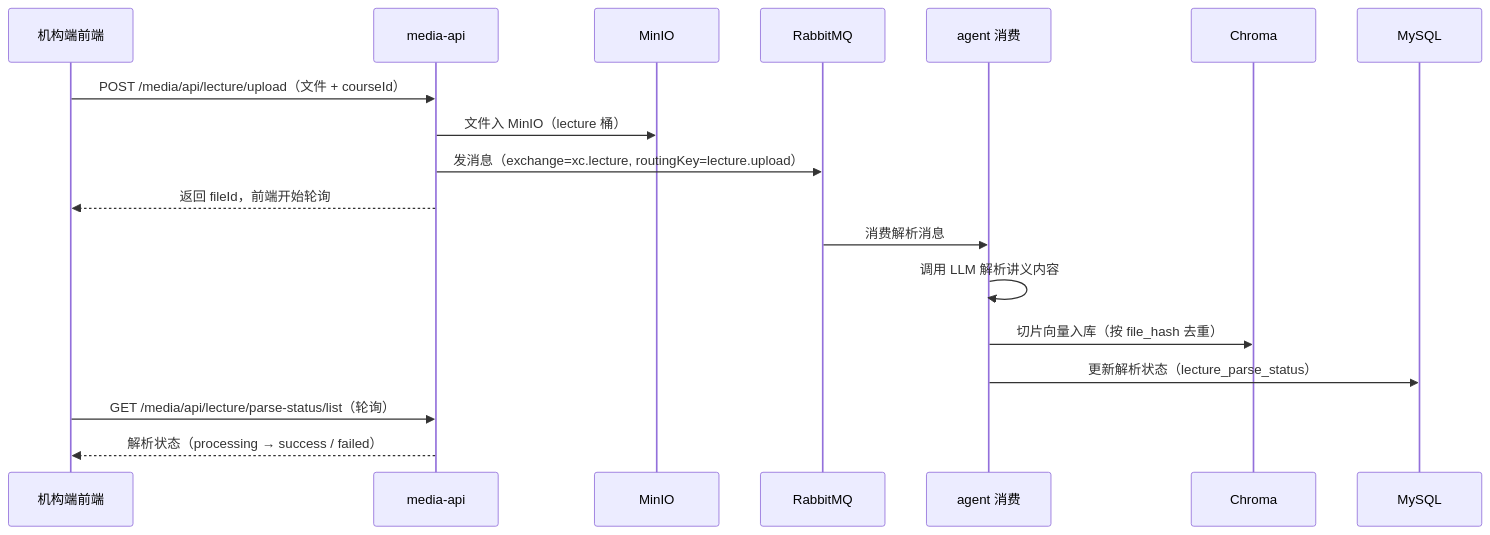
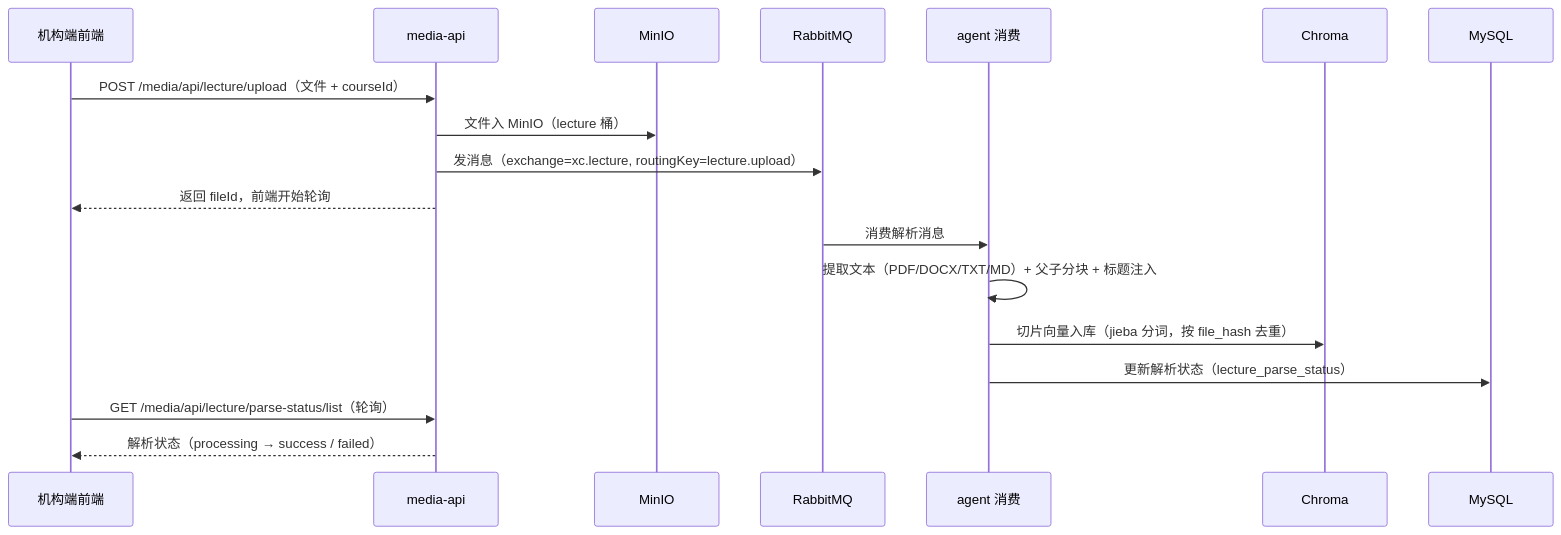
The second of 3 diagrams in README.md (Volleylk/learning-online), drawn with Mermaid before and after one commit. The commit also changed other lines of this file and 13 other files, not shown here.

````diff
--- a/README.md
+++ b/README.md
@@ -113,21 +113,21 @@
 ```mermaid
 sequenceDiagram
     participant F as 机构端前端
     participant M as media-api
     participant B as MinIO
     participant Q as RabbitMQ
     participant A as agent 消费
     participant C as Chroma
     participant D as MySQL
 
     F->>M: POST /media/api/lecture/upload（文件 + courseId）
     M->>B: 文件入 MinIO（lecture 桶）
     M->>Q: 发消息（exchange=xc.lecture, routingKey=lecture.upload）
     M-->>F: 返回 fileId，前端开始轮询
     Q->>A: 消费解析消息
-    A->>A: 调用 LLM 解析讲义内容
-    A->>C: 切片向量入库（按 file_hash 去重）
+    A->>A: 提取文本（PDF/DOCX/TXT/MD）+ 父子分块 + 标题注入
+    A->>C: 切片向量入库（jieba 分词，按 file_hash 去重）
     A->>D: 更新解析状态（lecture_parse_status）
     F->>M: GET /media/api/lecture/parse-status/list（轮询）
     M-->>F: 解析状态（processing → success / failed）
 ```
````
